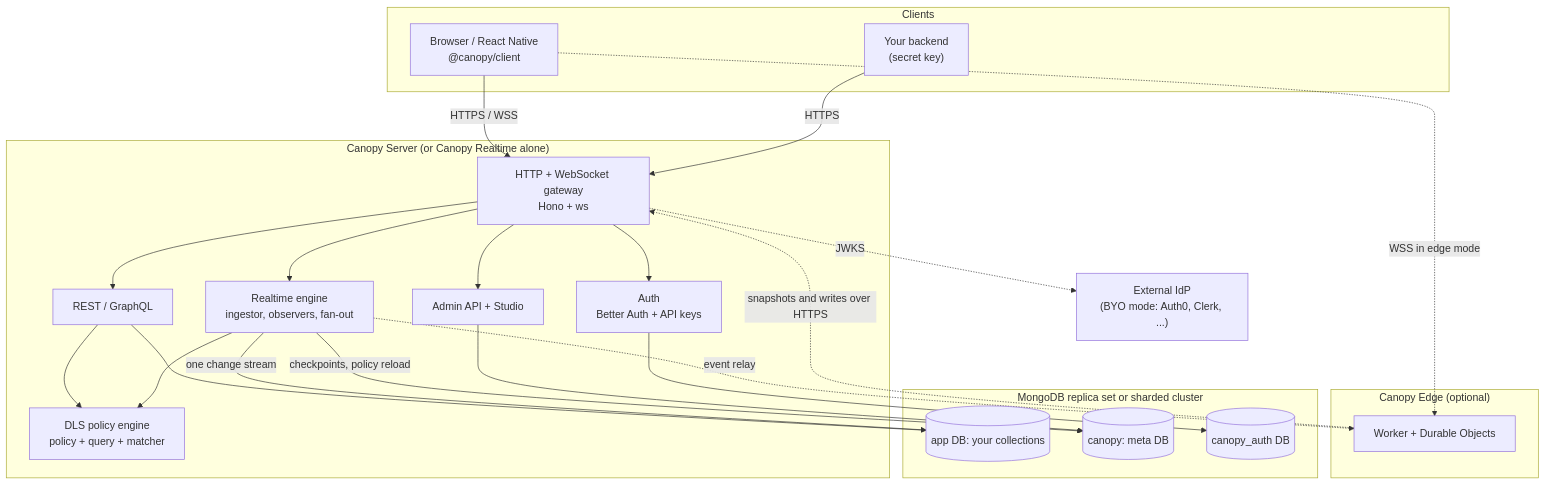
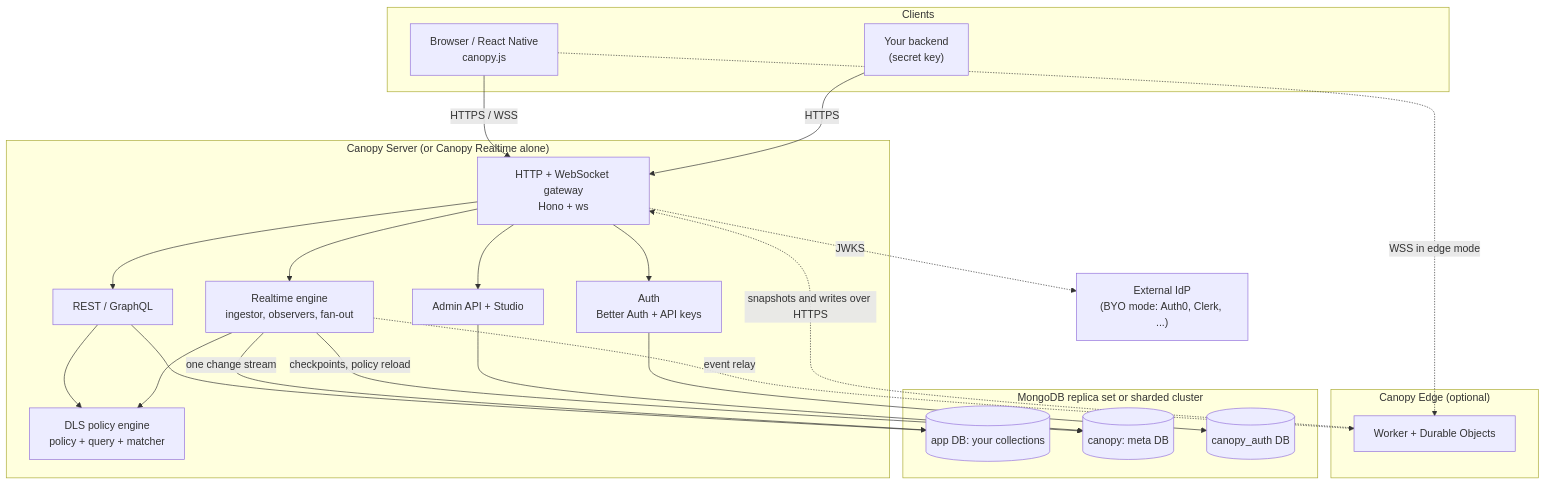
The first of 5 diagrams in docs/plan/01-architecture.md (FlazexHQ/Canopy), drawn with Mermaid before and after one commit. The commit also changed other lines of this file and 384 other files, not shown here.

````diff
--- a/docs/plan/01-architecture.md
+++ b/docs/plan/01-architecture.md
@@ -5,42 +5,42 @@
 ```mermaid
 flowchart TB
   subgraph Clients
-    B["Browser / React Native<br/>@canopy/client"]
+    B["Browser / React Native<br/>canopy.js"]
     S["Your backend<br/>(secret key)"]
   end
   subgraph Edge["Canopy Edge (optional)"]
     E["Worker + Durable Objects"]
   end
   subgraph Core["Canopy Server (or Canopy Realtime alone)"]
     GW["HTTP + WebSocket gateway<br/>Hono + ws"]
     AU["Auth<br/>Better Auth + API keys"]
     RE["REST / GraphQL"]
     RT["Realtime engine<br/>ingestor, observers, fan-out"]
     PO["DLS policy engine<br/>policy + query + matcher"]
     AD["Admin API + Studio"]
   end
   subgraph Mongo["MongoDB replica set or sharded cluster"]
     APP[("app DB: your collections")]
     META[("canopy: meta DB")]
     AUTHDB[("canopy_auth DB")]
   end
   IDP["External IdP<br/>(BYO mode: Auth0, Clerk, ...)"]
 
   B -->|HTTPS / WSS| GW
   B -.->|WSS in edge mode| E
   E -.->|snapshots and writes over HTTPS| GW
   RT -.->|event relay| E
   S -->|HTTPS| GW
   GW --> AU
   GW --> RE
   GW --> RT
   GW --> AD
   RE --> PO
   RT --> PO
   RE --> APP
   RT -->|one change stream| APP
   RT -->|checkpoints, policy reload| META
   AD --> META
   AU --> AUTHDB
   GW -.->|JWKS| IDP
 ```
````
